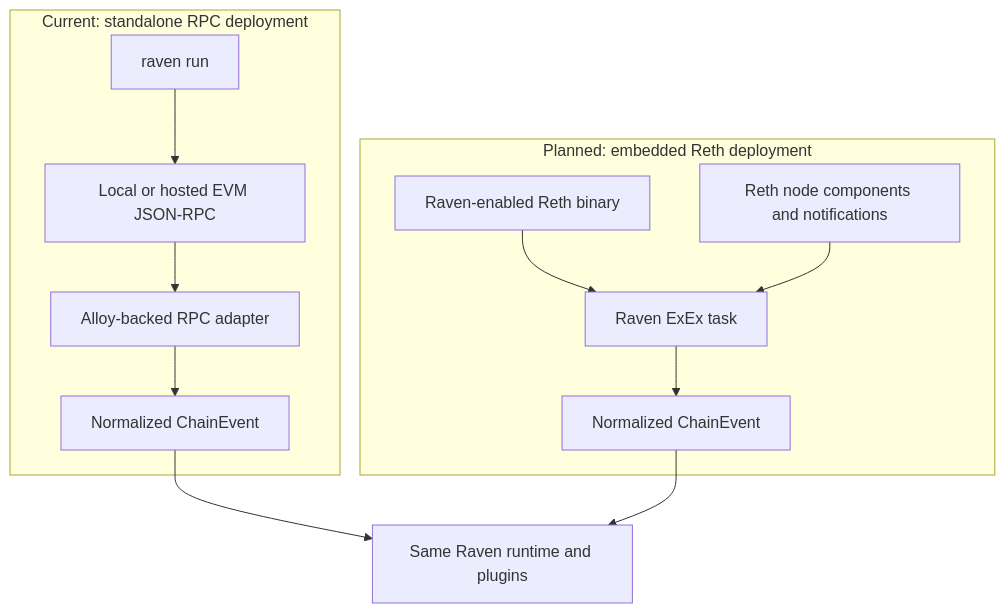
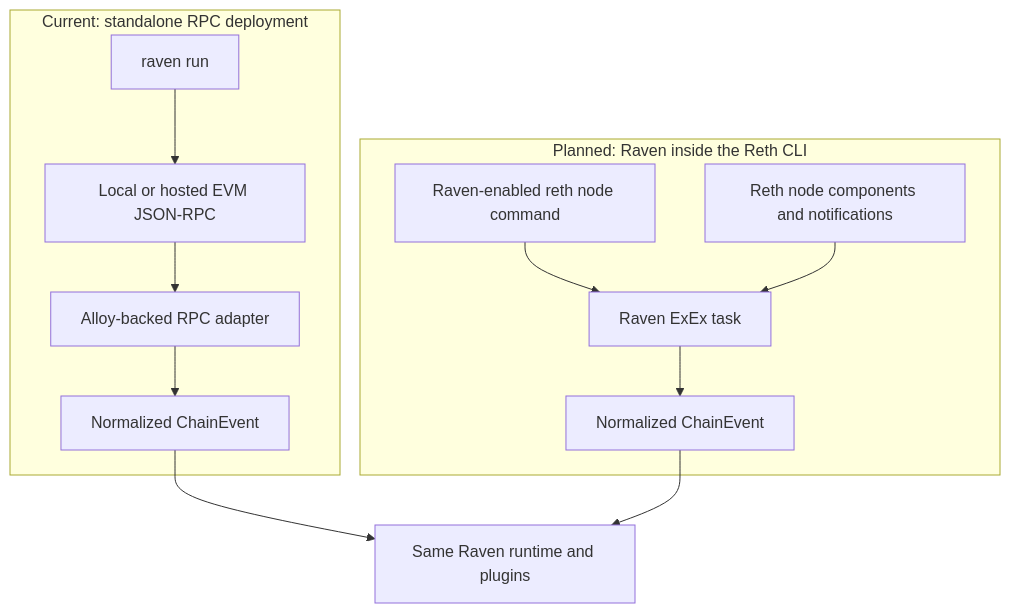
Before and after one commit to abhi3700/raven: the second of 8 diagrams in docs/concepts/architecture.mdx, drawn with Mermaid. The commit also changed other lines of this file and 36 other files, not shown here.

````diff
--- a/docs/concepts/architecture.mdx
+++ b/docs/concepts/architecture.mdx
@@ -48,17 +48,17 @@
 ```mermaid
 flowchart TB
     subgraph current["Current: standalone RPC deployment"]
         ravenRun["raven run"] --> rpc["Local or hosted EVM JSON-RPC"]
         rpc --> rpcAdapter["Alloy-backed RPC adapter"]
         rpcAdapter --> eventsA["Normalized ChainEvent"]
     end
 
-    subgraph planned["Planned: embedded Reth deployment"]
-        ravenReth["Raven-enabled Reth binary"] --> exex["Raven ExEx task"]
+    subgraph planned["Planned: Raven inside the Reth CLI"]
+        ravenReth["Raven-enabled reth node command"] --> exex["Raven ExEx task"]
         rethNode["Reth node components and notifications"] --> exex
         exex --> eventsB["Normalized ChainEvent"]
     end
 
     eventsA --> runtime["Same Raven runtime and plugins"]
     eventsB --> runtime
 ```
````
